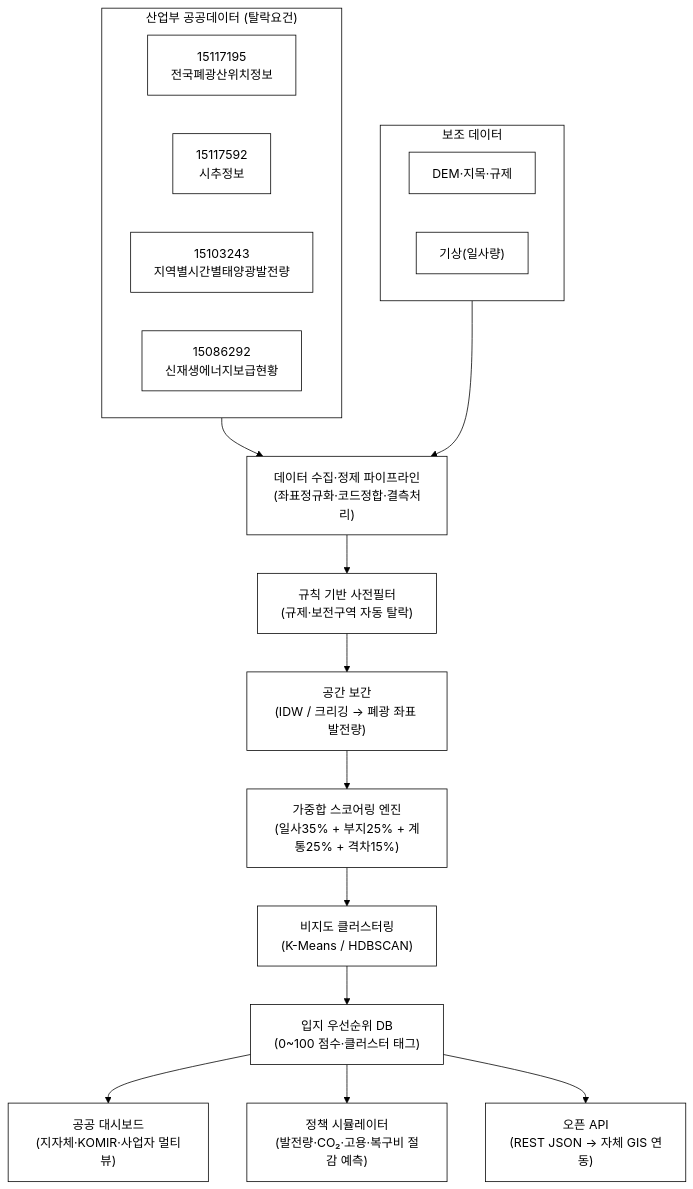
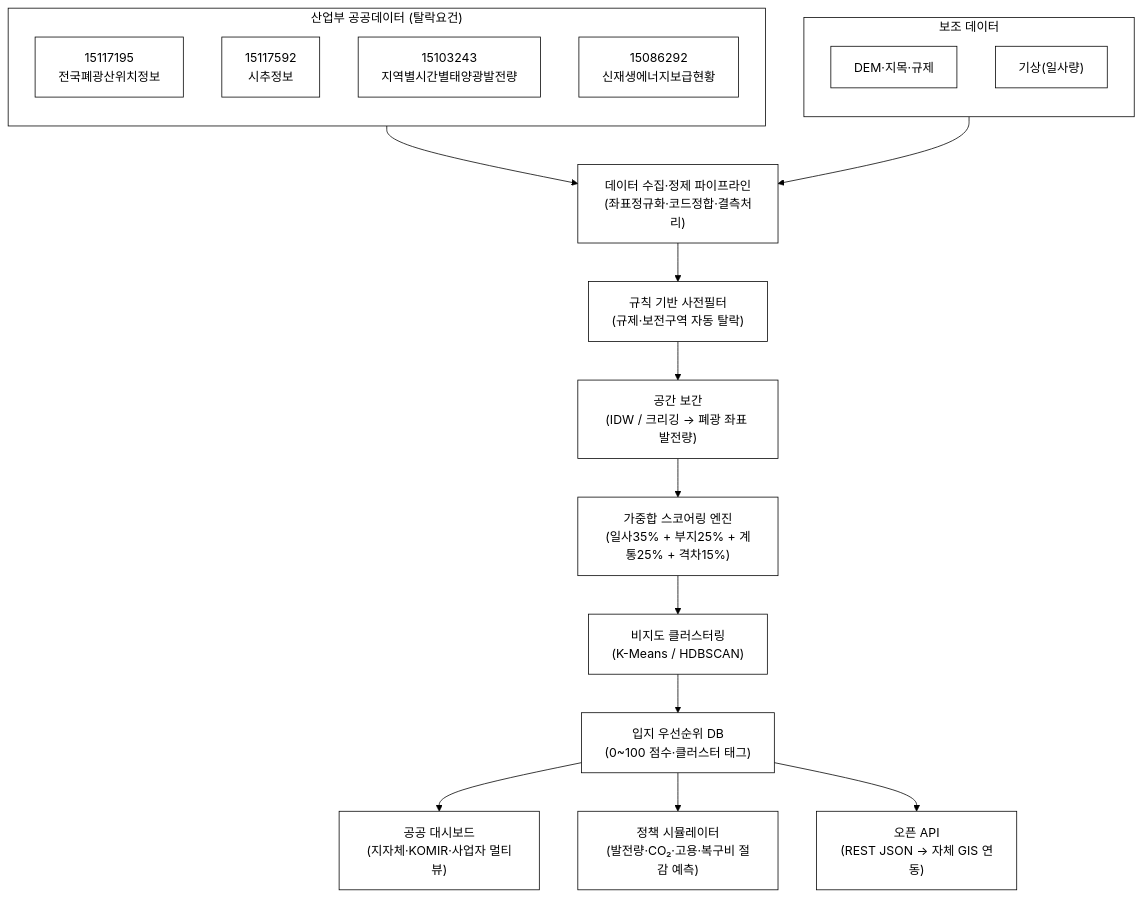
The third of 5 diagrams in 15-폐광산-재생에너지-입지/biz/1_제안서.md (iamywl/pulicdata-congress), drawn with Mermaid before and after one commit. The commit also changed other lines of this file and 44 other files, not shown here.

````diff
--- a/15-폐광산-재생에너지-입지/biz/1_제안서.md
+++ b/15-폐광산-재생에너지-입지/biz/1_제안서.md
@@ -219,24 +219,26 @@
 ```mermaid
 %%{init: {'theme':'base','themeVariables':{'background':'#ffffff','primaryColor':'#ffffff','primaryBorderColor':'#000000','primaryTextColor':'#000000','secondaryColor':'#ffffff','secondaryBorderColor':'#000000','secondaryTextColor':'#000000','tertiaryColor':'#ffffff','tertiaryBorderColor':'#000000','tertiaryTextColor':'#000000','mainBkg':'#ffffff','secondBkg':'#ffffff','lineColor':'#000000','textColor':'#000000','clusterBkg':'#ffffff','clusterBorder':'#000000','edgeLabelBackground':'#ffffff','actorBkg':'#ffffff','actorBorder':'#000000','noteBkgColor':'#ffffff','noteBorderColor':'#000000','signalColor':'#000000','signalTextColor':'#000000','fontFamily':'Georgia, serif'}}}%%
-flowchart TD
+flowchart TB
     subgraph SRC ["산업부 공공데이터 (탈락요건)"]
+        direction TB
         A1["15117195<br/>전국폐광산위치정보"]
         A2["15117592<br/>시추정보"]
         A3["15103243<br/>지역별시간별태양광발전량"]
         A4["15086292<br/>신재생에너지보급현황"]
     end
     subgraph AUX ["보조 데이터"]
+        direction TB
         B1["DEM·지목·규제"]
         B2["기상(일사량)"]
     end
     SRC --> C["데이터 수집·정제 파이프라인<br/>(좌표정규화·코드정합·결측처리)"]
     AUX --> C
     C --> D["규칙 기반 사전필터<br/>(규제·보전구역 자동 탈락)"]
     D --> E["공간 보간<br/>(IDW / 크리깅 → 폐광 좌표 발전량)"]
     E --> F["가중합 스코어링 엔진<br/>(일사35% + 부지25% + 계통25% + 격차15%)"]
     F --> G["비지도 클러스터링<br/>(K-Means / HDBSCAN)"]
     G --> H["입지 우선순위 DB<br/>(0~100 점수·클러스터 태그)"]
     H --> I["공공 대시보드<br/>(지자체·KOMIR·사업자 멀티뷰)"]
     H --> J["정책 시뮬레이터<br/>(발전량·CO₂·고용·복구비 절감 예측)"]
     H --> K["오픈 API<br/>(REST JSON → 자체 GIS 연동)"]
 ```
````
